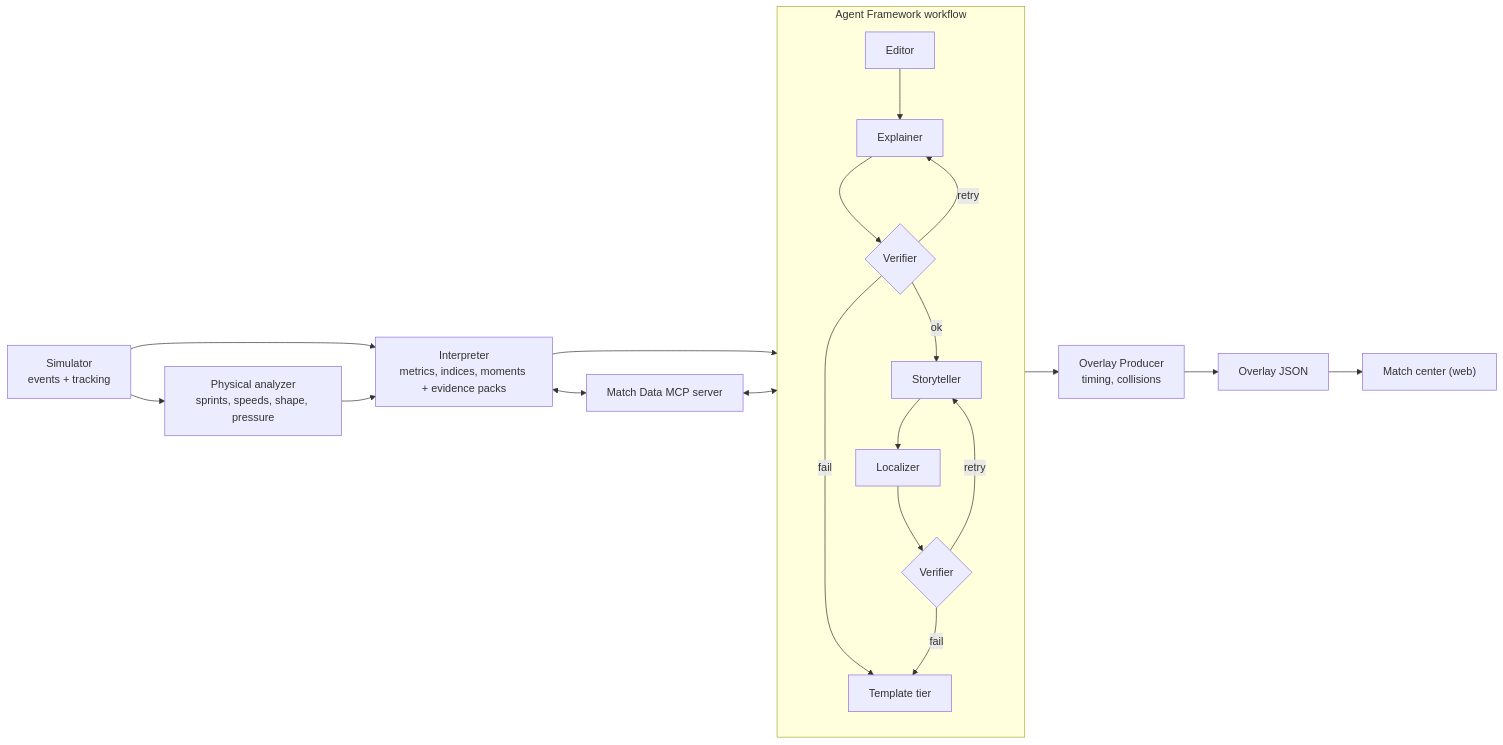
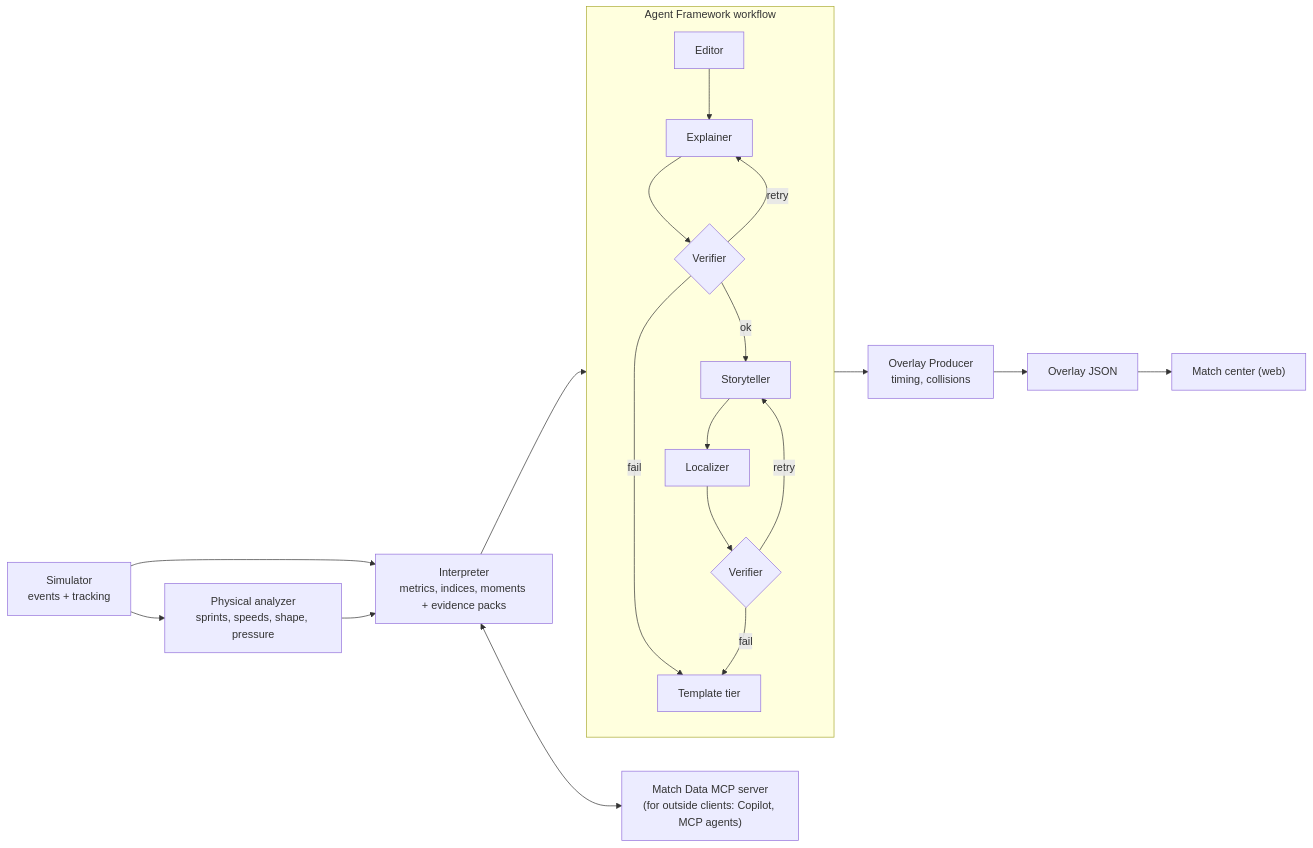
The first of 2 diagrams in README.md (kaanoguzkan/insidethegamehackathon), drawn with Mermaid before and after one commit. The commit also changed 1 other file, not shown here.

Commit message:
Docs: MCP is served for outside clients, not yet called by the agents

````diff
--- a/README.md
+++ b/README.md
@@ -145,19 +145,18 @@
 ```mermaid
 flowchart LR
   SIM["Simulator<br/>events + tracking"] --> AN["Physical analyzer<br/>sprints, speeds, shape, pressure"]
   SIM --> INT
   AN --> INT["Interpreter<br/>metrics, indices, moments + evidence packs"]
   INT --> WF
   subgraph WF["Agent Framework workflow"]
     ED[Editor] --> EX[Explainer] --> V1{Verifier}
     V1 -- ok --> ST[Storyteller] --> LO[Localizer] --> V2{Verifier}
     V1 -- retry --> EX
     V2 -- retry --> ST
     V1 -- fail --> TP[Template tier]
     V2 -- fail --> TP
   end
   WF --> PR["Overlay Producer<br/>timing, collisions"] --> OUT["Overlay JSON"]
   OUT --> WEB["Match center (web)"]
-  INT <--> MCP["Match Data MCP server"]
-  MCP <--> WF
+  INT <--> MCP["Match Data MCP server<br/>(for outside clients: Copilot, MCP agents)"]
 ```
````
